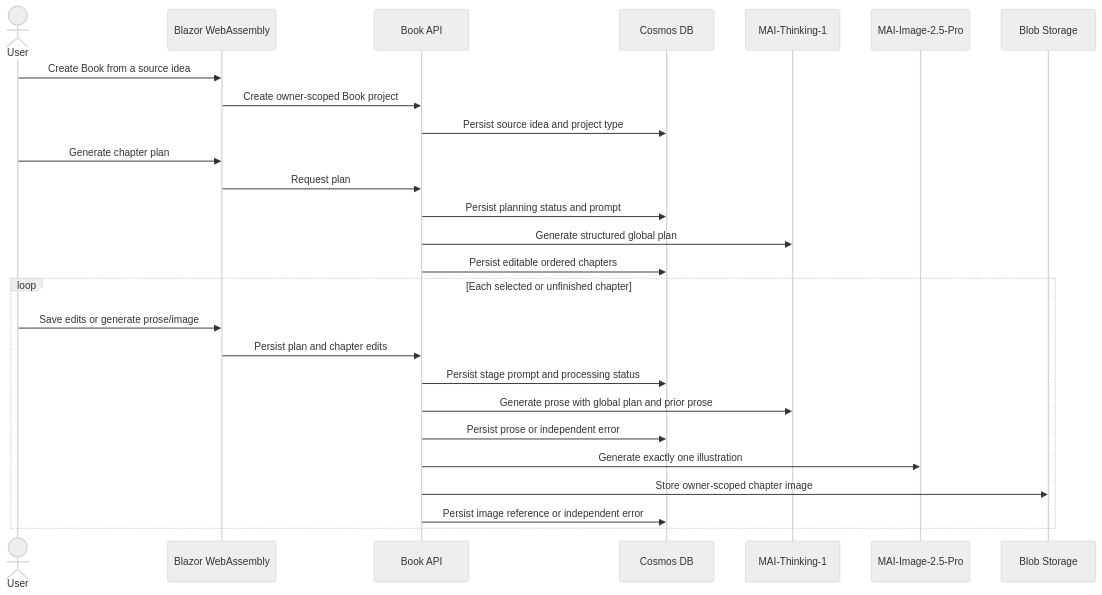
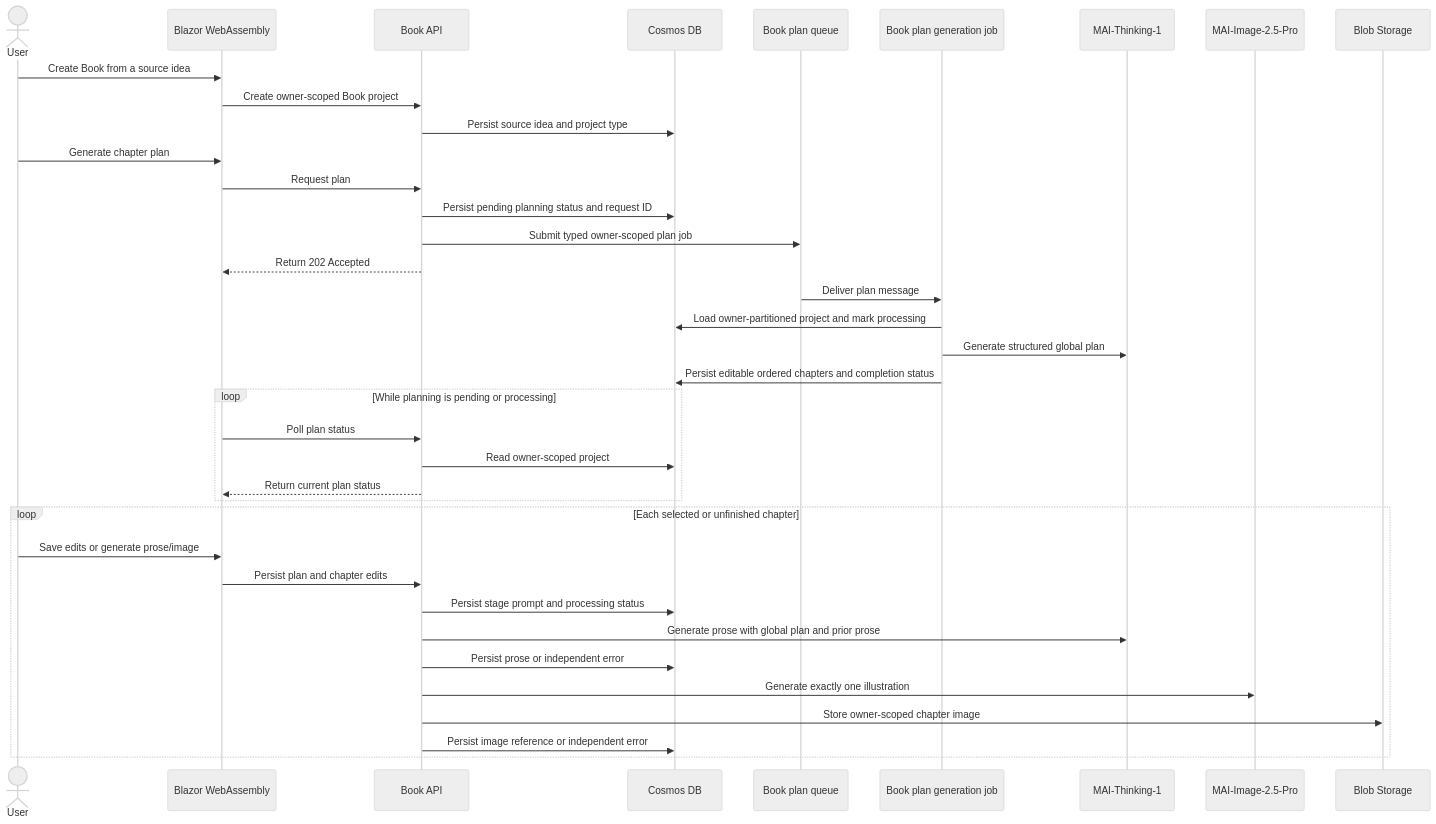
One commit to mathieumack/foundry-comics-mai changed the third of 3 diagrams in docs/architecture.md. Above: the diagram before and after it, drawn with Mermaid (neutral theme). The commit also changed other lines of this file and 25 other files, not shown here.

````diff
--- a/docs/architecture.md
+++ b/docs/architecture.md
@@ -101,28 +106,39 @@
 ```mermaid
 sequenceDiagram
     actor User
     participant Web as Blazor WebAssembly
     participant API as Book API
     participant DB as Cosmos DB
+    participant Queue as Book plan queue
+    participant Job as Book plan generation job
     participant Text as MAI-Thinking-1
     participant Image as MAI-Image-2.5-Pro
     participant Blob as Blob Storage
     User->>Web: Create Book from a source idea
     Web->>API: Create owner-scoped Book project
     API->>DB: Persist source idea and project type
     User->>Web: Generate chapter plan
     Web->>API: Request plan
-    API->>DB: Persist planning status and prompt
-    API->>Text: Generate structured global plan
-    API->>DB: Persist editable ordered chapters
+    API->>DB: Persist pending planning status and request ID
+    API->>Queue: Submit typed owner-scoped plan job
+    API-->>Web: Return 202 Accepted
+    Queue->>Job: Deliver plan message
+    Job->>DB: Load owner-partitioned project and mark processing
+    Job->>Text: Generate structured global plan
+    Job->>DB: Persist editable ordered chapters and completion status
+    loop While planning is pending or processing
+        Web->>API: Poll plan status
+        API->>DB: Read owner-scoped project
+        API-->>Web: Return current plan status
+    end
     loop Each selected or unfinished chapter
         User->>Web: Save edits or generate prose/image
         Web->>API: Persist plan and chapter edits
         API->>DB: Persist stage prompt and processing status
         API->>Text: Generate prose with global plan and prior prose
         API->>DB: Persist prose or independent error
         API->>Image: Generate exactly one illustration
         API->>Blob: Store owner-scoped chapter image
         API->>DB: Persist image reference or independent error
     end
 ```
````
